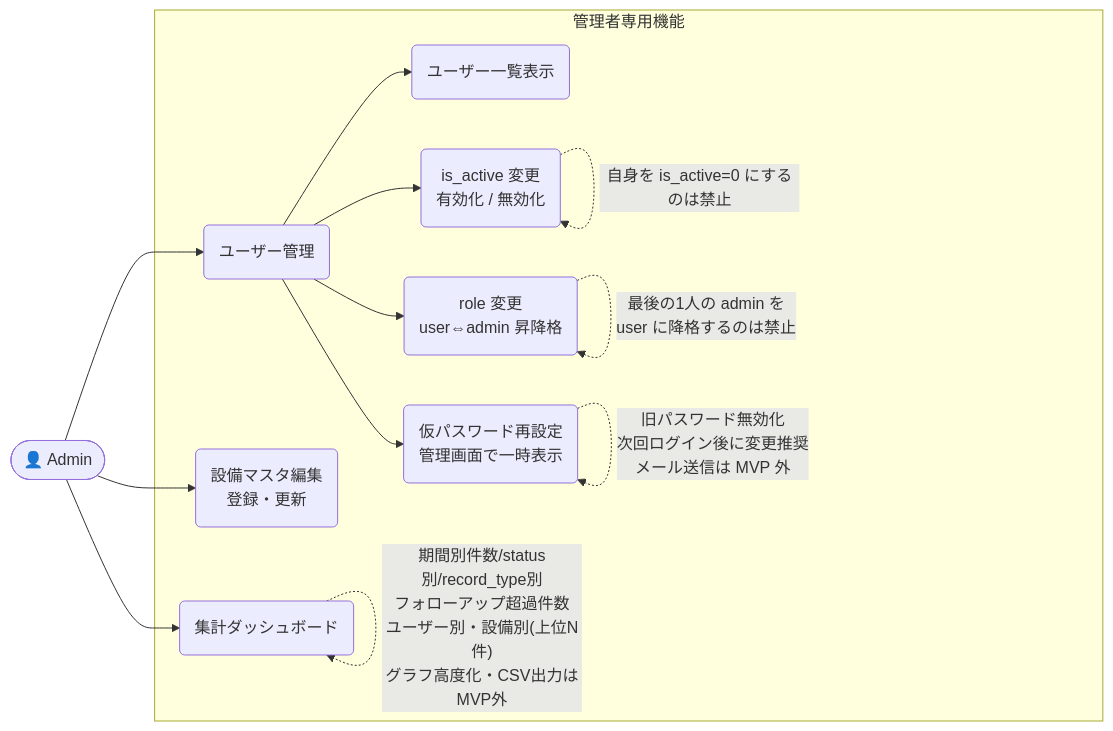
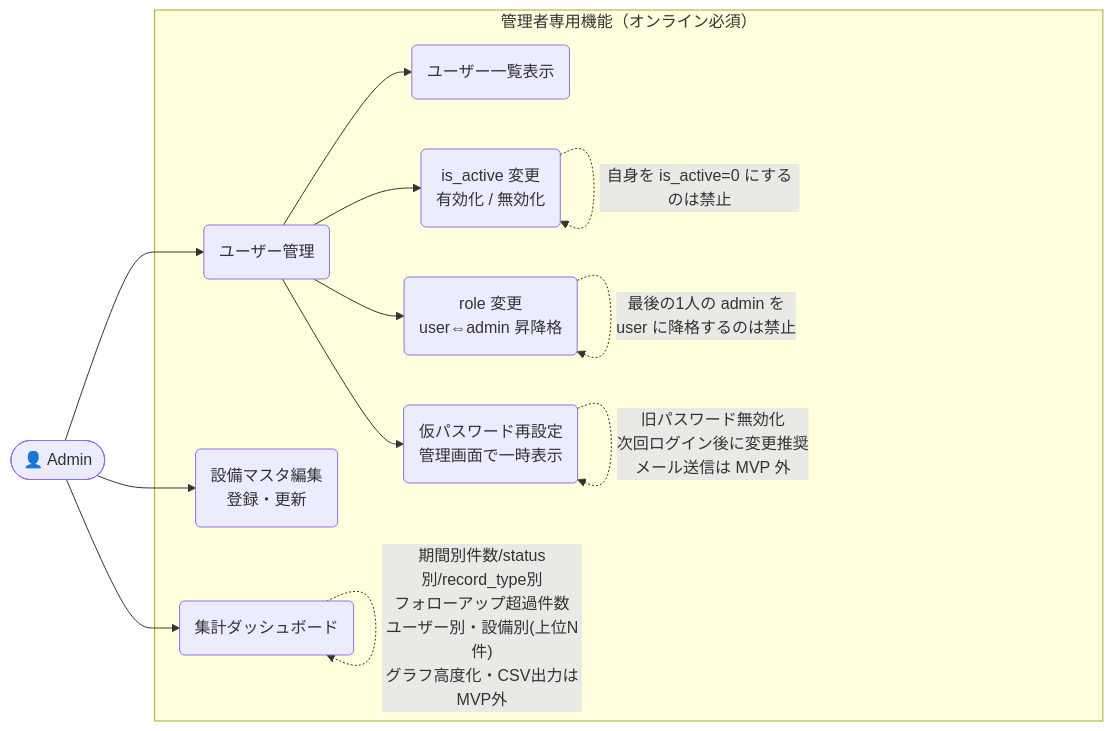
The fifth of 7 diagrams in USECASE.md (garyohosu/worklog-pwa), drawn with Mermaid before and after one commit. The commit also changed other lines of this file and 2 other files, not shown here.

````diff
--- a/USECASE.md
+++ b/USECASE.md
@@ -159,28 +168,28 @@
 ```mermaid
 graph LR
   Admin(["👤 Admin"])
 
-  subgraph ADMUSECASE["管理者専用機能"]
+  subgraph ADMUSECASE["管理者専用機能（オンライン必須）"]
     UM("ユーザー管理")
     UML("ユーザー一覧表示")
     UMA("is_active 変更\n有効化 / 無効化")
     UMR("role 変更\nuser⇔admin 昇降格")
     UMP("仮パスワード再設定\n管理画面で一時表示")
     EM("設備マスタ編集\n登録・更新")
     AGG("集計ダッシュボード")
   end
 
   Admin --> UM
   UM --> UML
   UM --> UMA
   UM --> UMR
   UM --> UMP
 
   Admin --> EM
   Admin --> AGG
 
   UMA -. "自身を is_active=0 にするのは禁止" .-> UMA
   UMR -. "最後の1人の admin を\nuser に降格するのは禁止" .-> UMR
   UMP -. "旧パスワード無効化\n次回ログイン後に変更推奨\nメール送信は MVP 外" .-> UMP
   AGG -. "期間別件数/status別/record_type別\nフォローアップ超過件数\nユーザー別・設備別(上位N件)\nグラフ高度化・CSV出力はMVP外" .-> AGG
 ```
````
